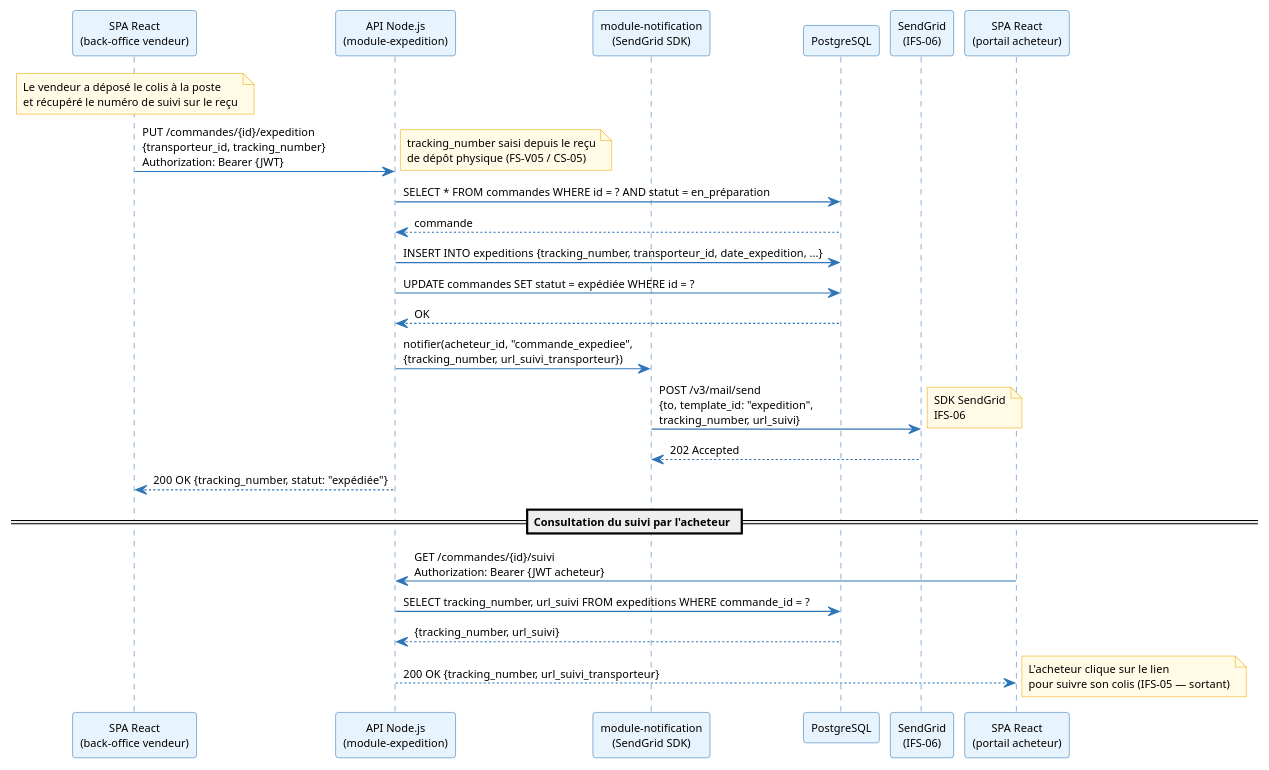
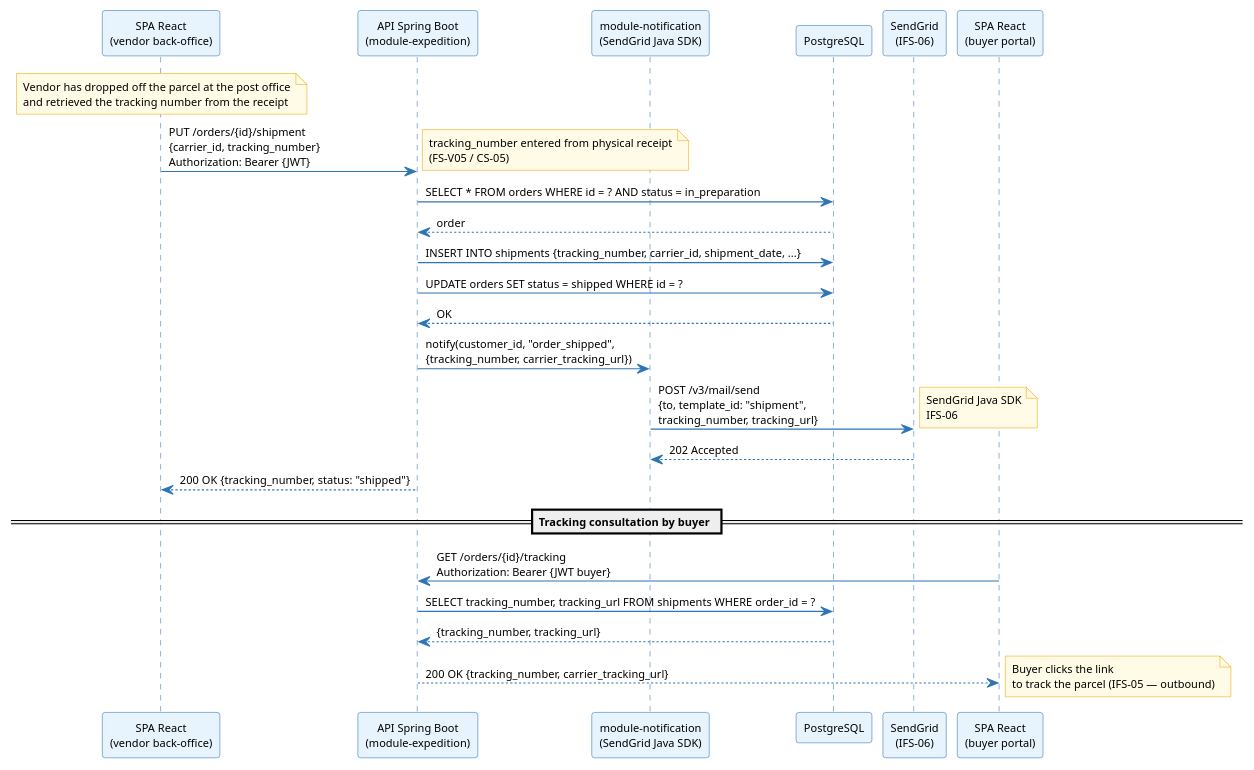
One commit to louistalvande/online_shop changed the fourth of 4 diagrams in architecture/04-physical-architecture/pa.adoc. Above: the diagram before and after it, drawn with PlantUML. The commit also changed other lines of this file, not shown here.

Commit message:
switch spring hib, api in eng

```diff
--- a/architecture/04-physical-architecture/pa.adoc
+++ b/architecture/04-physical-architecture/pa.adoc
@@ -423,43 +416,43 @@
 [plantuml, pa-sequence-expedition, svg]
 ----
 skinparam sequenceArrowColor #2E75B6
 skinparam sequenceParticipantBackgroundColor #E8F4FD
 skinparam sequenceParticipantBorderColor #2E75B6
 skinparam sequenceLifeLineBorderColor #2E75B6
 skinparam noteBorderColor #F0A500
 skinparam noteBackgroundColor #FFFBE6
 skinparam defaultFontSize 10
 
-participant "SPA React\n(back-office vendeur)" as SPA
-participant "API Node.js\n(module-expedition)" as API
-participant "module-notification\n(SendGrid SDK)" as NotifMod
+participant "SPA React\n(vendor back-office)" as SPA
+participant "API Spring Boot\n(module-expedition)" as API
+participant "module-notification\n(SendGrid Java SDK)" as NotifMod
 participant "PostgreSQL" as PG
 participant "SendGrid\n(IFS-06)" as Mail
 
-note over SPA : Le vendeur a déposé le colis à la poste\net récupéré le numéro de suivi sur le reçu
+note over SPA : Vendor has dropped off the parcel at the post office\nand retrieved the tracking number from the receipt
 
-SPA -> API : PUT /commandes/{id}/expedition\n{transporteur_id, tracking_number}\nAuthorization: Bearer {JWT}
-note right : tracking_number saisi depuis le reçu\nde dépôt physique (FS-V05 / CS-05)
+SPA -> API : PUT /orders/{id}/shipment\n{carrier_id, tracking_number}\nAuthorization: Bearer {JWT}
+note right : tracking_number entered from physical receipt\n(FS-V05 / CS-05)
 
-API -> PG : SELECT * FROM commandes WHERE id = ? AND statut = en_préparation
-PG --> API : commande
+API -> PG : SELECT * FROM orders WHERE id = ? AND status = in_preparation
+PG --> API : order
 
-API -> PG : INSERT INTO expeditions {tracking_number, transporteur_id, date_expedition, ...}
-API -> PG : UPDATE commandes SET statut = expédiée WHERE id = ?
+API -> PG : INSERT INTO shipments {tracking_number, carrier_id, shipment_date, ...}
+API -> PG : UPDATE orders SET status = shipped WHERE id = ?
 PG --> API : OK
 
-API -> NotifMod : notifier(acheteur_id, "commande_expediee",\n{tracking_number, url_suivi_transporteur})
-NotifMod -> Mail : POST /v3/mail/send\n{to, template_id: "expedition",\ntracking_number, url_suivi}
-note right : SDK SendGrid\nIFS-06
+API -> NotifMod : notify(customer_id, "order_shipped",\n{tracking_number, carrier_tracking_url})
+NotifMod -> Mail : POST /v3/mail/send\n{to, template_id: "shipment",\ntracking_number, tracking_url}
+note right : SendGrid Java SDK\nIFS-06
 Mail --> NotifMod : 202 Accepted
 
-API --> SPA : 200 OK {tracking_number, statut: "expédiée"}
+API --> SPA : 200 OK {tracking_number, status: "shipped"}
 
-== Consultation du suivi par l'acheteur ==
-participant "SPA React\n(portail acheteur)" as SPABuyer
-SPABuyer -> API : GET /commandes/{id}/suivi\nAuthorization: Bearer {JWT acheteur}
-API -> PG : SELECT tracking_number, url_suivi FROM expeditions WHERE commande_id = ?
-PG --> API : {tracking_number, url_suivi}
-API --> SPABuyer : 200 OK {tracking_number, url_suivi_transporteur}
-note right : L'acheteur clique sur le lien\npour suivre son colis (IFS-05 — sortant)
+== Tracking consultation by buyer ==
+participant "SPA React\n(buyer portal)" as SPABuyer
+SPABuyer -> API : GET /orders/{id}/tracking\nAuthorization: Bearer {JWT buyer}
+API -> PG : SELECT tracking_number, tracking_url FROM shipments WHERE order_id = ?
+PG --> API : {tracking_number, tracking_url}
+API --> SPABuyer : 200 OK {tracking_number, carrier_tracking_url}
+note right : Buyer clicks the link\nto track the parcel (IFS-05 — outbound)
 ----
```
